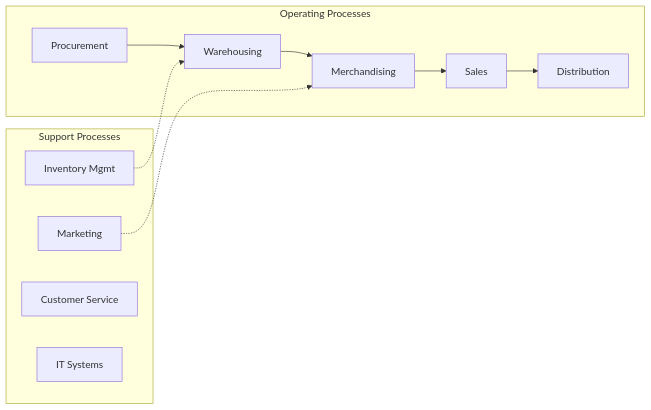
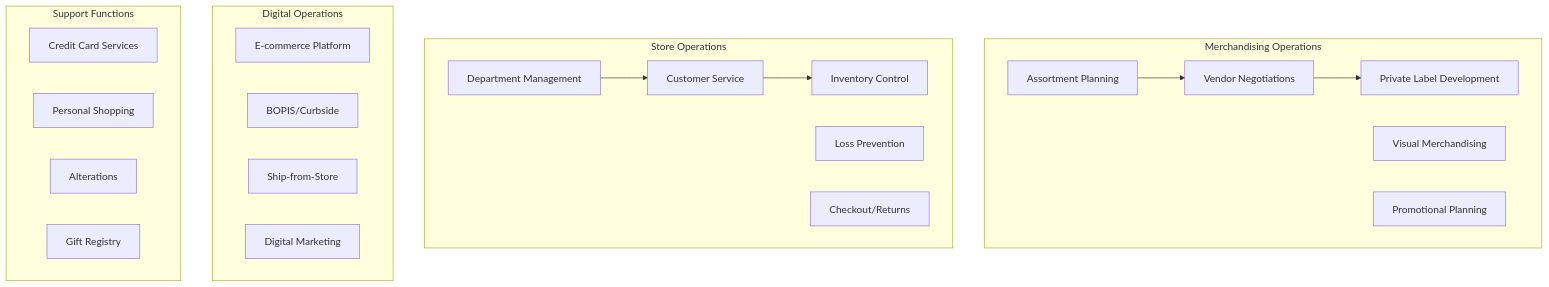
Before and after one commit to kziemski/business.org.ai: the third of 4 diagrams in industries/Retail/GeneralMerchandiseRetailers/DepartmentStores.mdx, drawn with Mermaid. The commit also changed other lines of this file and 19 other files, not shown here.

First line of the commit message:
feat: enrich industry files and add sequence diagrams to processes

````diff
--- a/industries/Retail/GeneralMerchandiseRetailers/DepartmentStores.mdx
+++ b/industries/Retail/GeneralMerchandiseRetailers/DepartmentStores.mdx
@@ -47,24 +94,37 @@
 ```mermaid
-flowchart LR
-    subgraph Operating["Operating Processes"]
-        O1["Procurement"]
-        O2["Warehousing"]
-        O3["Merchandising"]
-        O4["Sales"]
-        O5["Distribution"]
+flowchart TB
+    subgraph Merchandising["Merchandising Operations"]
+        M1["Assortment Planning"]
+        M2["Vendor Negotiations"]
+        M3["Private Label Development"]
+        M4["Visual Merchandising"]
+        M5["Promotional Planning"]
     end
 
-    subgraph Support["Support Processes"]
-        S1["Inventory Mgmt"]
-        S2["Marketing"]
-        S3["Customer Service"]
-        S4["IT Systems"]
+    subgraph StoreOps["Store Operations"]
+        S1["Department Management"]
+        S2["Customer Service"]
+        S3["Inventory Control"]
+        S4["Loss Prevention"]
+        S5["Checkout/Returns"]
     end
 
-    O1 --> O2
-    O2 --> O3
-    O3 --> O4
-    O4 --> O5
-    S1 -.-> O2
-    S2 -.-> O3
+    subgraph Digital["Digital Operations"]
+        D1["E-commerce Platform"]
+        D2["BOPIS/Curbside"]
+        D3["Ship-from-Store"]
+        D4["Digital Marketing"]
+    end
+
+    subgraph Support["Support Functions"]
+        SP1["Credit Card Services"]
+        SP2["Personal Shopping"]
+        SP3["Alterations"]
+        SP4["Gift Registry"]
+    end
+
+    M1 --> M2
+    M2 --> M3
+    S1 --> S2
+    S2 --> S3
 ```
````
